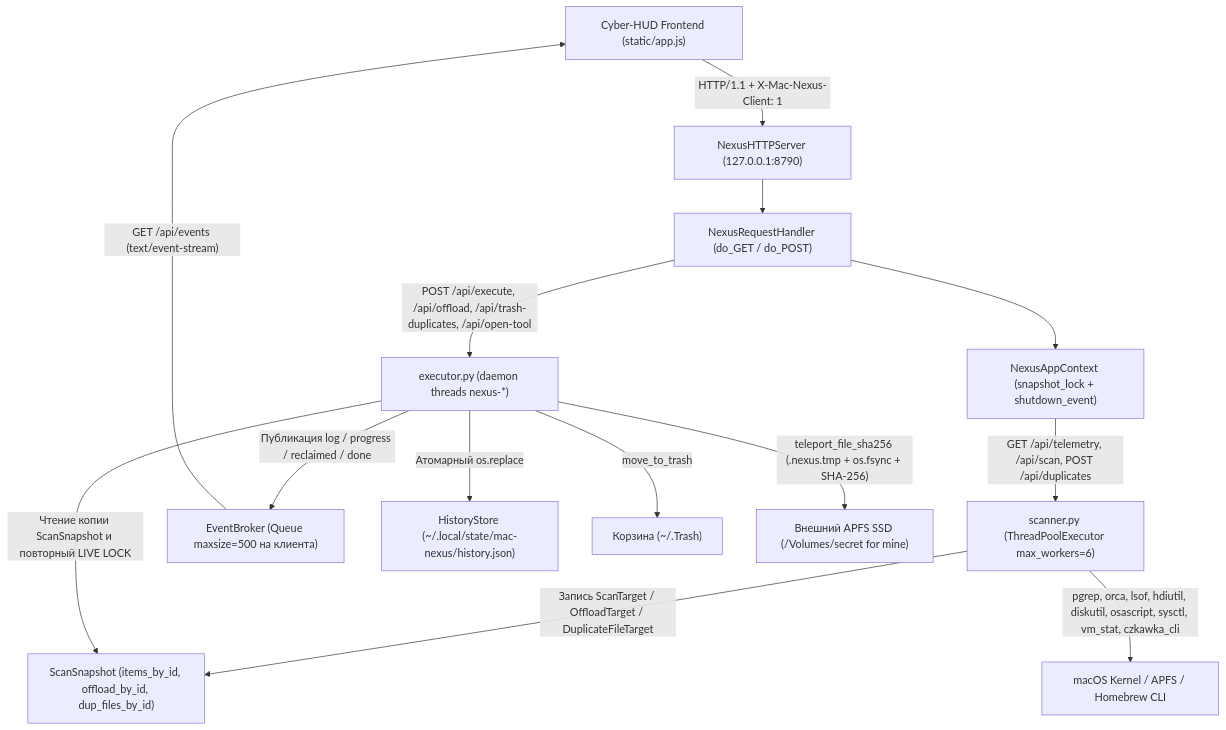
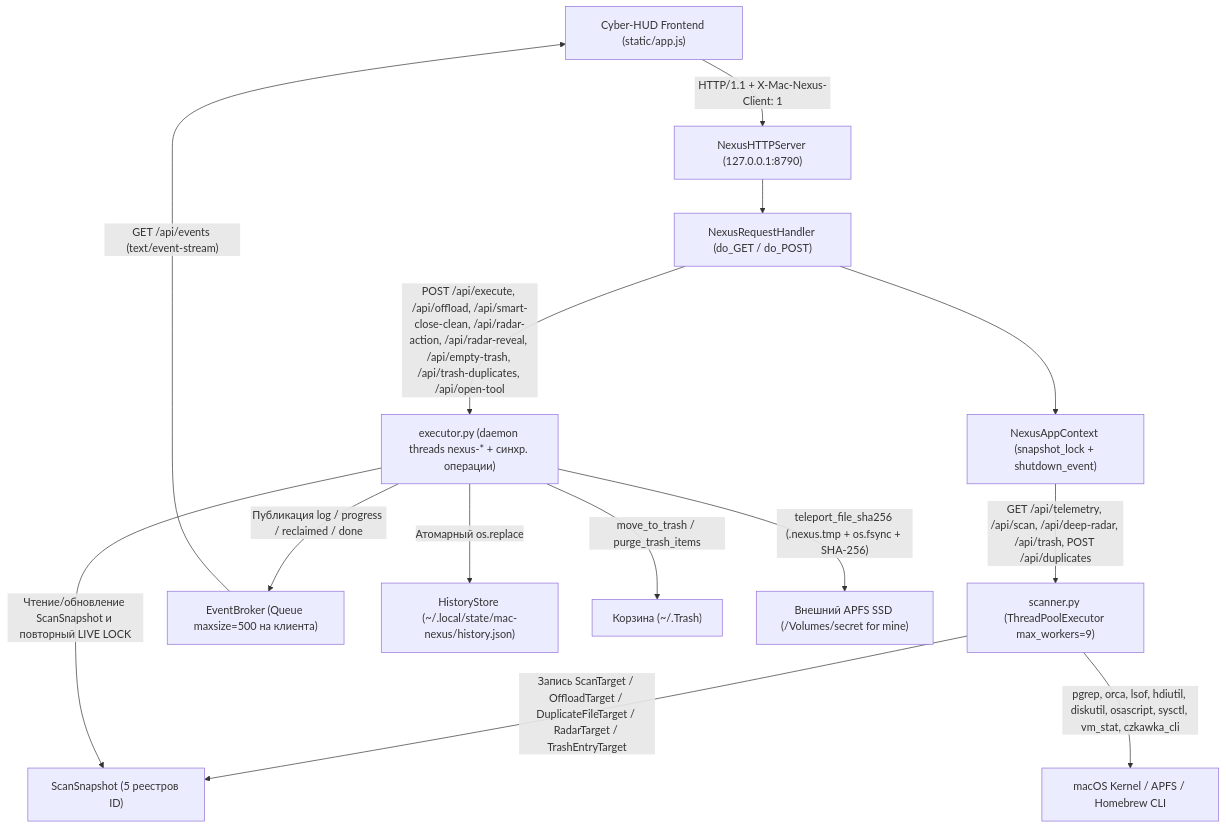
One commit to 1esan/mac-nexus changed the first of 3 diagrams in docs/04_backend_scanner_executor_and_security.md. Above: the diagram before and after it, drawn with Mermaid. The commit also changed other lines of this file and 12 other files, not shown here.

Commit message:
docs: align all v2.0.0 API schemas, test names, and source line anchors

````diff
--- a/docs/04_backend_scanner_executor_and_security.md
+++ b/docs/04_backend_scanner_executor_and_security.md
@@ -26,19 +26,19 @@
 ```mermaid
 flowchart TB
     UI["Cyber-HUD Frontend (static/app.js)"] -->|"HTTP/1.1 + X-Mac-Nexus-Client: 1"| HTTP["NexusHTTPServer (127.0.0.1:8790)"]
     HTTP --> HANDLER["NexusRequestHandler (do_GET / do_POST)"]
     HANDLER --> CTX["NexusAppContext (snapshot_lock + shutdown_event)"]
 
-    CTX -->|"GET /api/telemetry, /api/scan, POST /api/duplicates"| SCAN["scanner.py (ThreadPoolExecutor max_workers=6)"]
-    SCAN -->|"Запись ScanTarget / OffloadTarget / DuplicateFileTarget"| SNAP["ScanSnapshot (items_by_id, offload_by_id, dup_files_by_id)"]
+    CTX -->|"GET /api/telemetry, /api/scan, /api/deep-radar, /api/trash, POST /api/duplicates"| SCAN["scanner.py (ThreadPoolExecutor max_workers=9)"]
+    SCAN -->|"Запись ScanTarget / OffloadTarget / DuplicateFileTarget / RadarTarget / TrashEntryTarget"| SNAP["ScanSnapshot (5 реестров ID)"]
     SCAN -->|"pgrep, orca, lsof, hdiutil, diskutil, osascript, sysctl, vm_stat, czkawka_cli"| OS["macOS Kernel / APFS / Homebrew CLI"]
 
-    HANDLER -->|"POST /api/execute, /api/offload, /api/trash-duplicates, /api/open-tool"| EXEC["executor.py (daemon threads nexus-*)"]
-    EXEC -->|"Чтение копии ScanSnapshot и повторный LIVE LOCK"| SNAP
+    HANDLER -->|"POST /api/execute, /api/offload, /api/smart-close-clean, /api/radar-action, /api/radar-reveal, /api/empty-trash, /api/trash-duplicates, /api/open-tool"| EXEC["executor.py (daemon threads nexus-* + синхр. операции)"]
+    EXEC -->|"Чтение/обновление ScanSnapshot и повторный LIVE LOCK"| SNAP
     EXEC -->|"Публикация log / progress / reclaimed / done"| BROKER["EventBroker (Queue maxsize=500 на клиента)"]
     BROKER -->|"GET /api/events (text/event-stream)"| UI
 
     EXEC -->|"Атомарный os.replace"| HIST["HistoryStore (~/.local/state/mac-nexus/history.json)"]
-    EXEC -->|"move_to_trash"| TRASH["Корзина (~/.Trash)"]
+    EXEC -->|"move_to_trash / purge_trash_items"| TRASH["Корзина (~/.Trash)"]
     EXEC -->|"teleport_file_sha256 (.nexus.tmp + os.fsync + SHA-256)"| SSD["Внешний APFS SSD (/Volumes/secret for mine)"]
 ```
````
